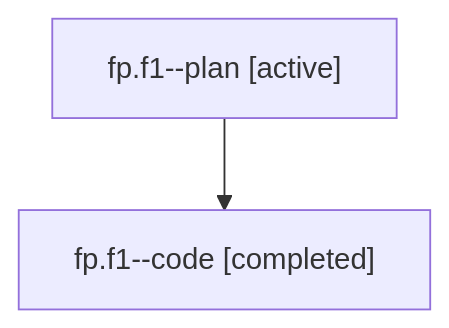
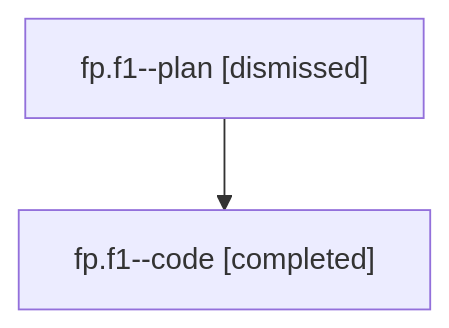
The diagram in sessions/bbugyi200.athena.fp.f1.md (sase-org/sase--agents), drawn with Mermaid before and after one commit. The commit also changed other lines of this file and 42 other files, not shown here.

````diff
--- a/sessions/bbugyi200.athena.fp.f1.md
+++ b/sessions/bbugyi200.athena.fp.f1.md
@@ -9,6 +9,6 @@
 ```mermaid
 flowchart TD
-  n0["fp.f1--plan [active]"]
+  n0["fp.f1--plan [dismissed]"]
   n1["fp.f1--code [completed]"]
   n0 --> n1
 ```
````
